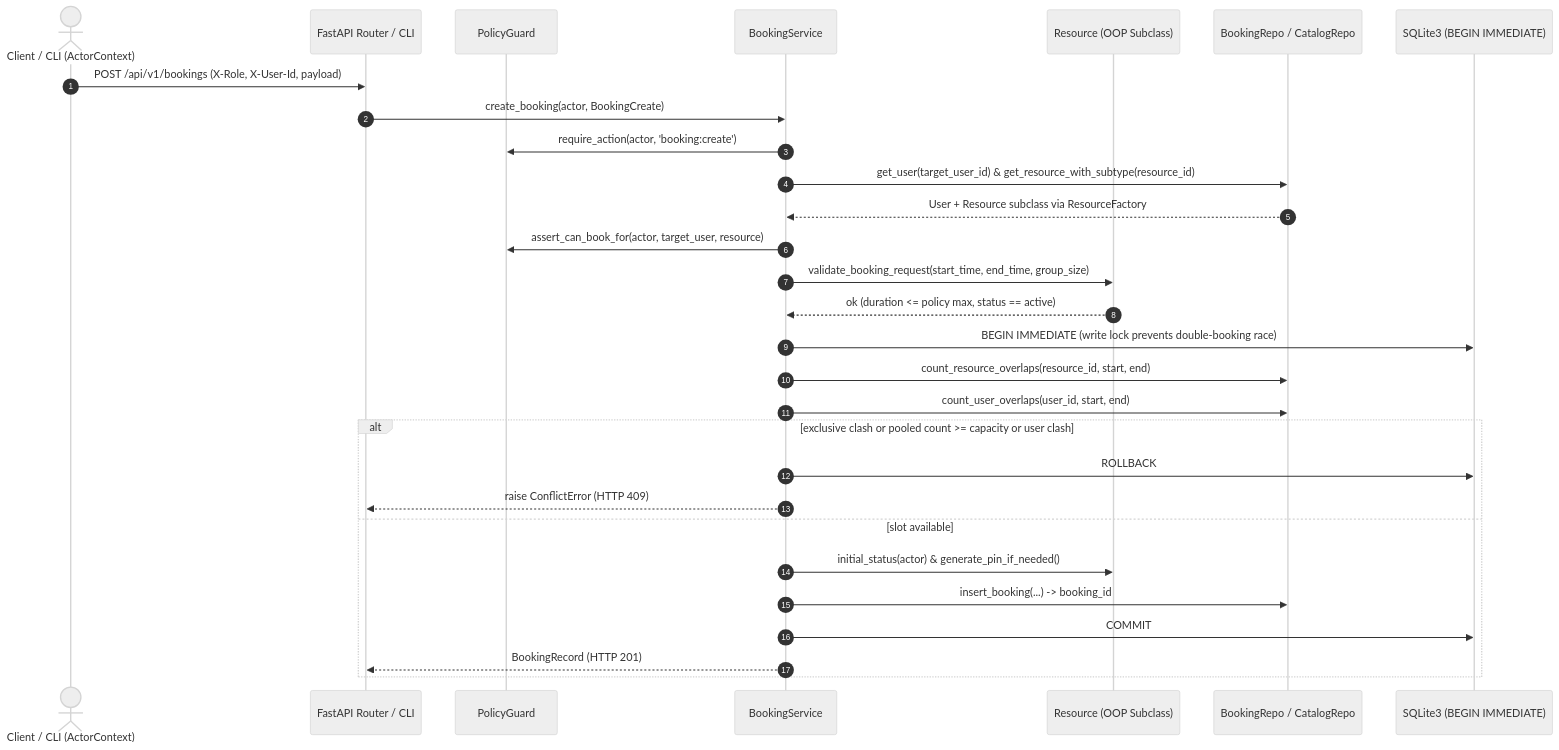
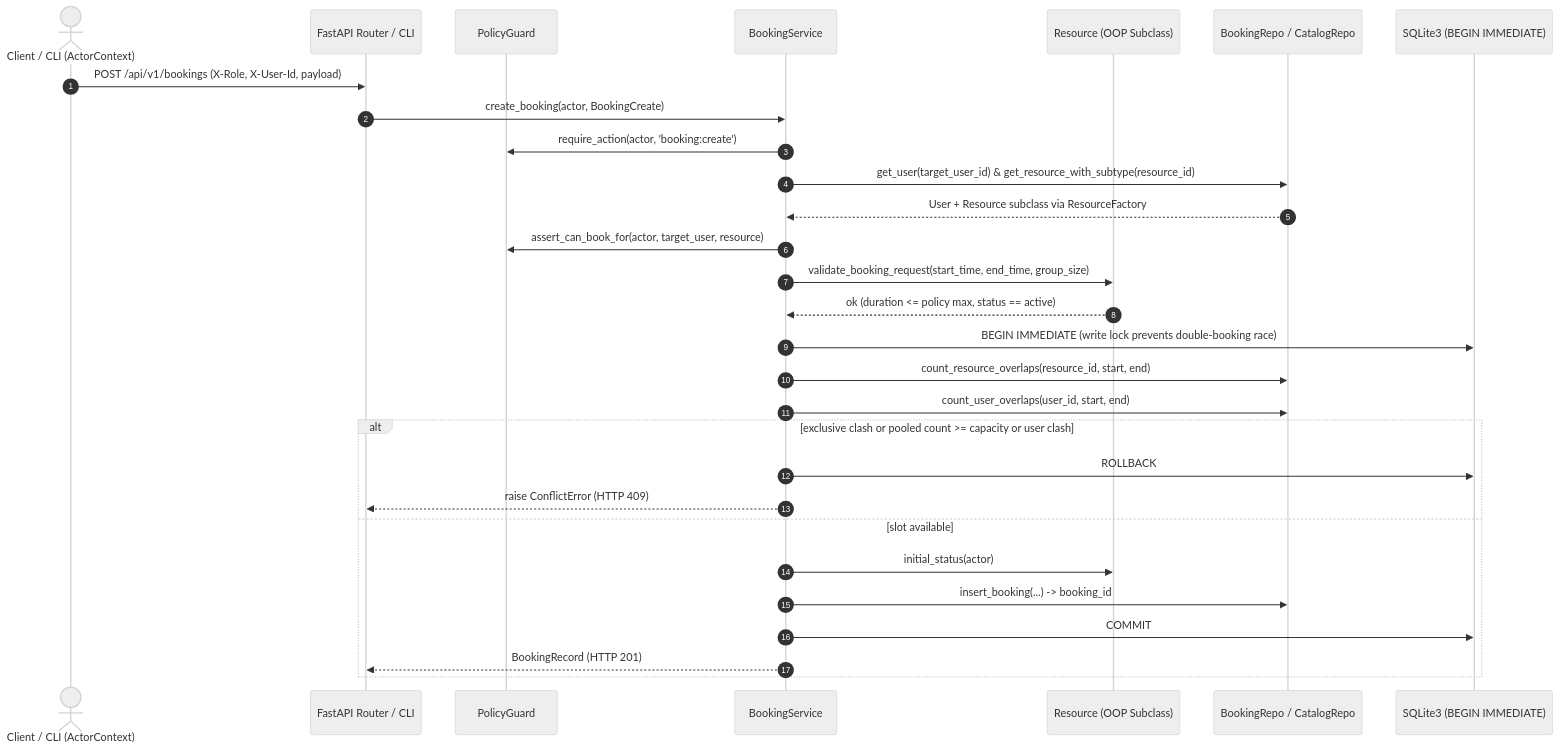
The second of 2 diagrams in docs/design/01_requirements.md (huutrungle2001/WM9QF_AI_Programming_A1), drawn with Mermaid (neutral theme) before and after one commit. The commit also changed other lines of this file and 23 other files, not shown here.

Commit message:
docs(diagrams): rename to diagrams/ and export all 6 Mermaid diagrams

````diff
--- a/docs/design/01_requirements.md
+++ b/docs/design/01_requirements.md
@@ -82,32 +82,32 @@
 ```mermaid
 sequenceDiagram
     autonumber
     actor User as Client / CLI (ActorContext)
     participant Adapter as FastAPI Router / CLI
     participant Policy as PolicyGuard
     participant Svc as BookingService
     participant Dom as Resource (OOP Subclass)
     participant Repo as BookingRepo / CatalogRepo
     participant DB as SQLite3 (BEGIN IMMEDIATE)
 
     User->>Adapter: POST /api/v1/bookings (X-Role, X-User-Id, payload)
     Adapter->>Svc: create_booking(actor, BookingCreate)
     Svc->>Policy: require_action(actor, 'booking:create')
     Svc->>Repo: get_user(target_user_id) & get_resource_with_subtype(resource_id)
     Repo-->>Svc: User + Resource subclass via ResourceFactory
     Svc->>Policy: assert_can_book_for(actor, target_user, resource)
     Svc->>Dom: validate_booking_request(start_time, end_time, group_size)
     Dom-->>Svc: ok (duration <= policy max, status == active)
     Svc->>DB: BEGIN IMMEDIATE (write lock prevents double-booking race)
     Svc->>Repo: count_resource_overlaps(resource_id, start, end)
     Svc->>Repo: count_user_overlaps(user_id, start, end)
     alt exclusive clash or pooled count >= capacity or user clash
         Svc->>DB: ROLLBACK
         Svc-->>Adapter: raise ConflictError (HTTP 409)
     else slot available
-        Svc->>Dom: initial_status(actor) & generate_pin_if_needed()
+        Svc->>Dom: initial_status(actor)
         Svc->>Repo: insert_booking(...) -> booking_id
         Svc->>DB: COMMIT
         Svc-->>Adapter: BookingRecord (HTTP 201)
     end
 ```
````
